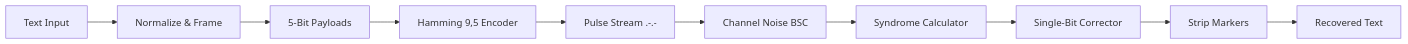
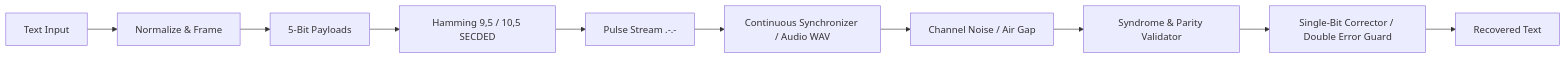
The diagram in README.md (hasheramin5-cyber/pLex), drawn with Mermaid before and after one commit. The commit also changed other lines of this file and 9 other files, not shown here.

Commit message:
feat: add Extended SECDED (10,5) codec, bitstream synchronizer, and audio WAV synthesis

````diff
--- a/README.md
+++ b/README.md
@@ -79,12 +89,12 @@
 ```mermaid
 flowchart LR
     A[Text Input] --> B[Normalize & Frame]
     B --> C[5-Bit Payloads]
-    C --> D[Hamming 9,5 Encoder]
+    C --> D[Hamming 9,5 / 10,5 SECDED]
     D --> E[Pulse Stream .-.-]
-    E --> F[Channel Noise BSC]
-    F --> G[Syndrome Calculator]
-    G --> H[Single-Bit Corrector]
-    H --> I[Strip Markers]
+    E --> F[Continuous Synchronizer / Audio WAV]
+    F --> G[Channel Noise / Air Gap]
+    G --> H[Syndrome & Parity Validator]
+    H --> I[Single-Bit Corrector / Double Error Guard]
     I --> J[Recovered Text]
 ```
````
